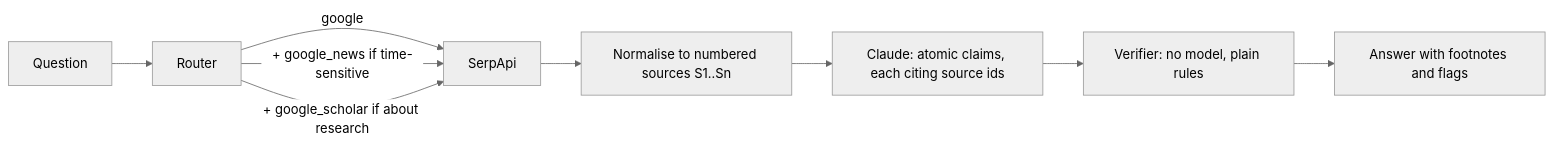
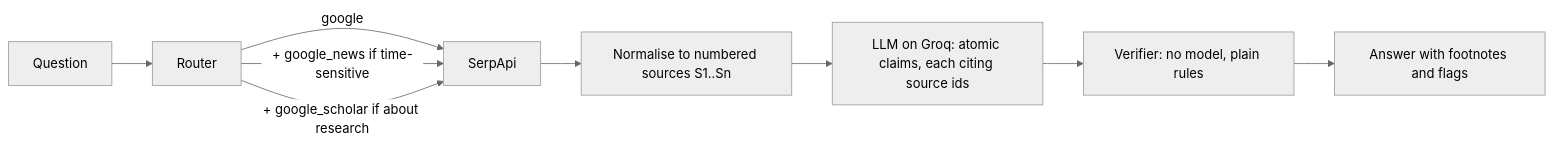
Before and after one commit to rasinmuhammed/footnote: the diagram in README.md, drawn with Mermaid (neutral theme). The commit also changed other lines of this file and 6 other files, not shown here.

````diff
--- a/README.md
+++ b/README.md
@@ -33,11 +33,11 @@
 ```mermaid
 flowchart LR
   Q[Question] --> R[Router]
   R -->|google| S[SerpApi]
   R -->|+ google_news if time-sensitive| S
   R -->|+ google_scholar if about research| S
   S --> N[Normalise to numbered sources S1..Sn]
-  N --> C[Claude: atomic claims, each citing source ids]
+  N --> C[LLM on Groq: atomic claims, each citing source ids]
   C --> V[Verifier: no model, plain rules]
   V --> O[Answer with footnotes and flags]
 ```
````
